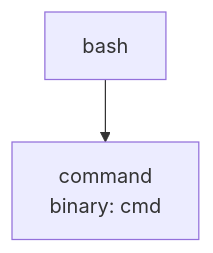
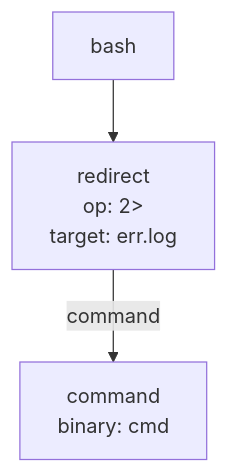
Before and after one commit to ashleydavis/expressive-permissions: the diagram in examples/ast/bash-redirect-stderr/index.md, drawn with Mermaid. The commit also changed other lines of this file and 131 other files, not shown here.

````diff
--- a/examples/ast/bash-redirect-stderr/index.md
+++ b/examples/ast/bash-redirect-stderr/index.md
@@ -11,6 +11,8 @@
 ```mermaid
 graph TD
   n0["bash"]
-  n1["command<br/>binary: cmd"]
+  n1["redirect<br/>op: 2&gt;<br/>target: err.log"]
+  n2["command<br/>binary: cmd"]
+  n1 -->|command| n2
   n0 --> n1
 ```
````
